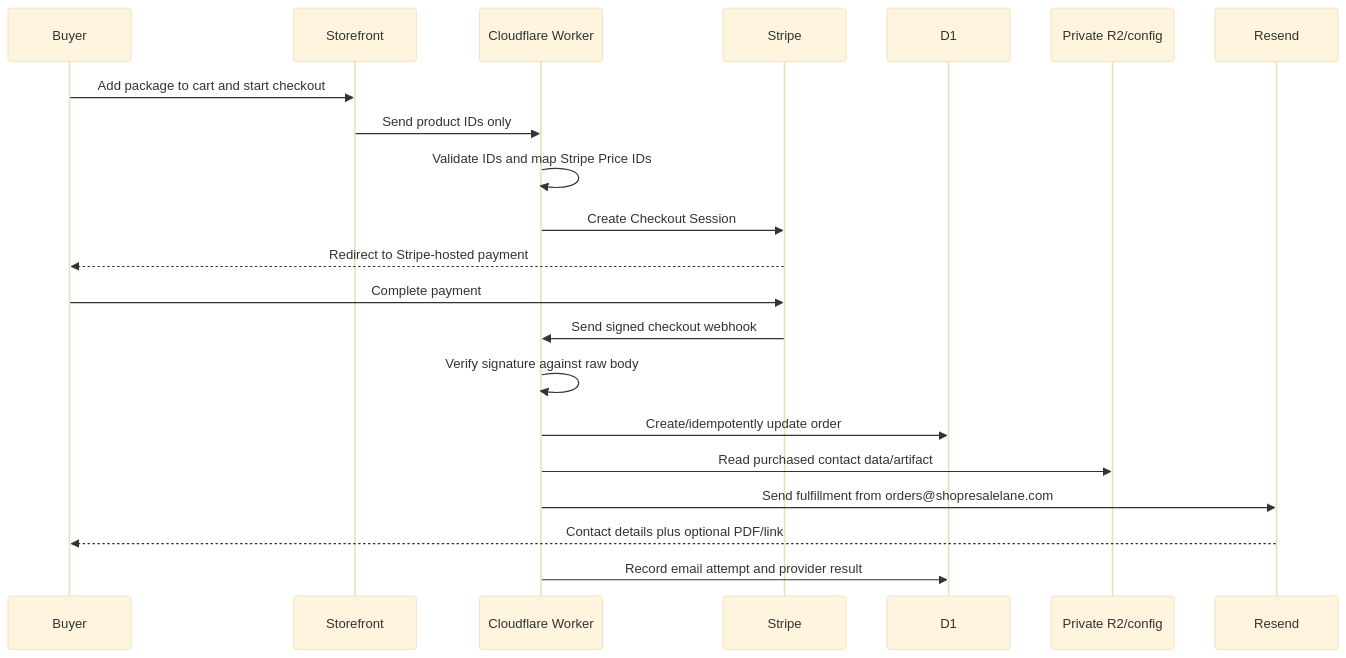
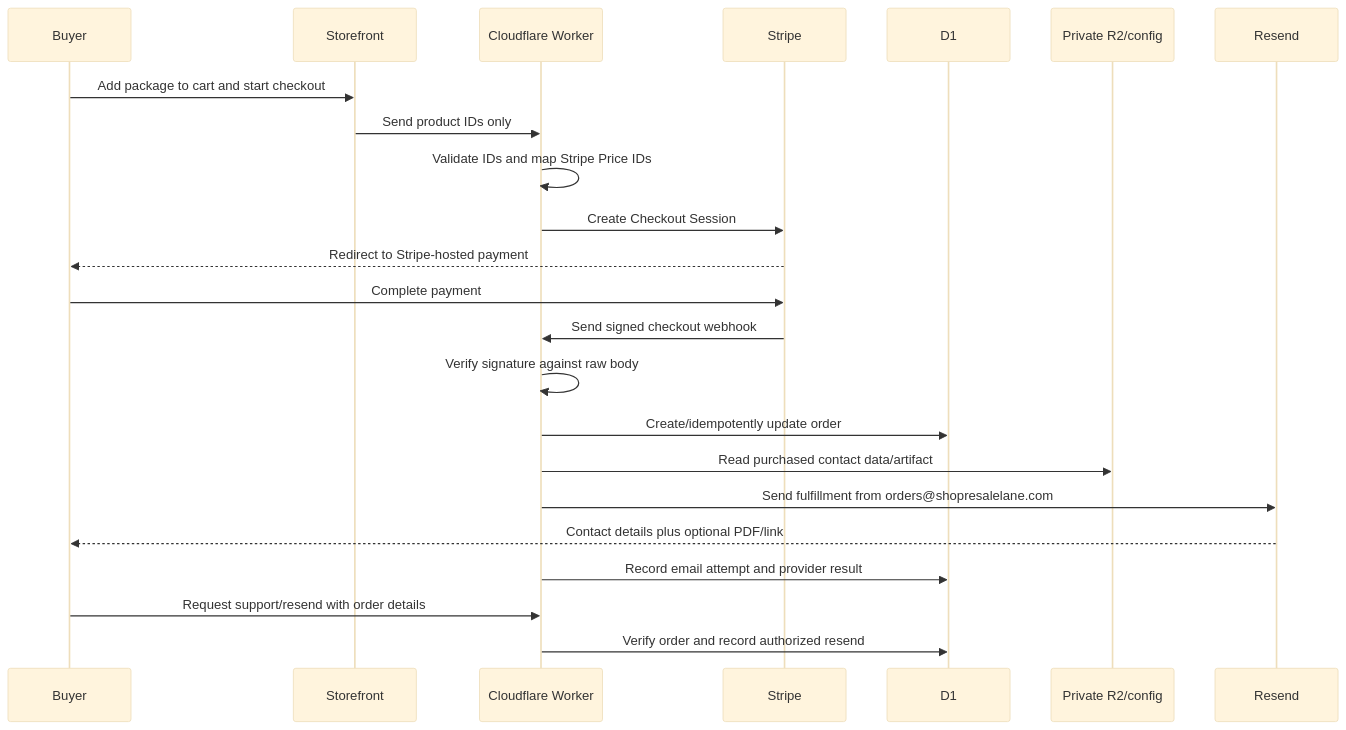
Before and after one commit to collinbediner/Resale: the second of 2 diagrams in docs/ARCHITECTURE.md, drawn with Mermaid (base theme). The commit also changed other lines of this file and 9 other files, not shown here.

````diff
--- a/docs/ARCHITECTURE.md
+++ b/docs/ARCHITECTURE.md
@@ -87,23 +113,25 @@
 ```mermaid
 sequenceDiagram
   participant B as Buyer
   participant S as Storefront
   participant W as Cloudflare Worker
   participant P as Stripe
   participant D as D1
   participant R as Private R2/config
   participant E as Resend
   B->>S: Add package to cart and start checkout
   S->>W: Send product IDs only
   W->>W: Validate IDs and map Stripe Price IDs
   W->>P: Create Checkout Session
   P-->>B: Redirect to Stripe-hosted payment
   B->>P: Complete payment
   P->>W: Send signed checkout webhook
   W->>W: Verify signature against raw body
   W->>D: Create/idempotently update order
   W->>R: Read purchased contact data/artifact
   W->>E: Send fulfillment from orders@shopresalelane.com
   E-->>B: Contact details plus optional PDF/link
   W->>D: Record email attempt and provider result
+  B->>W: Request support/resend with order details
+  W->>D: Verify order and record authorized resend
 ```
````
